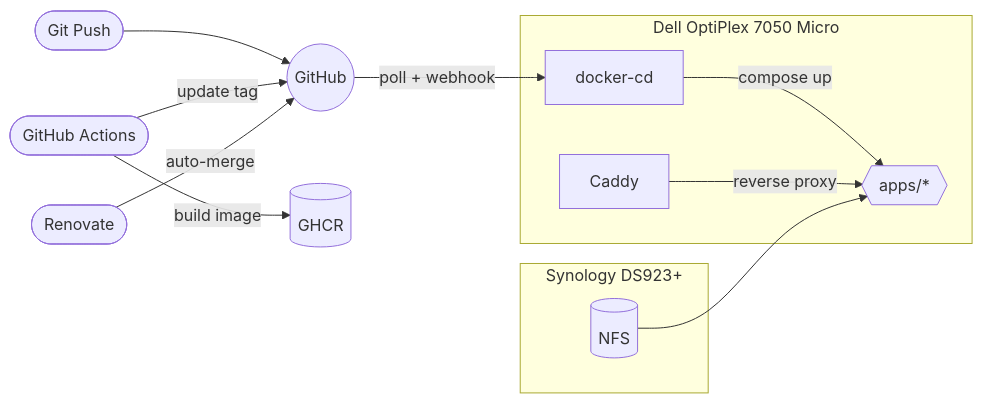
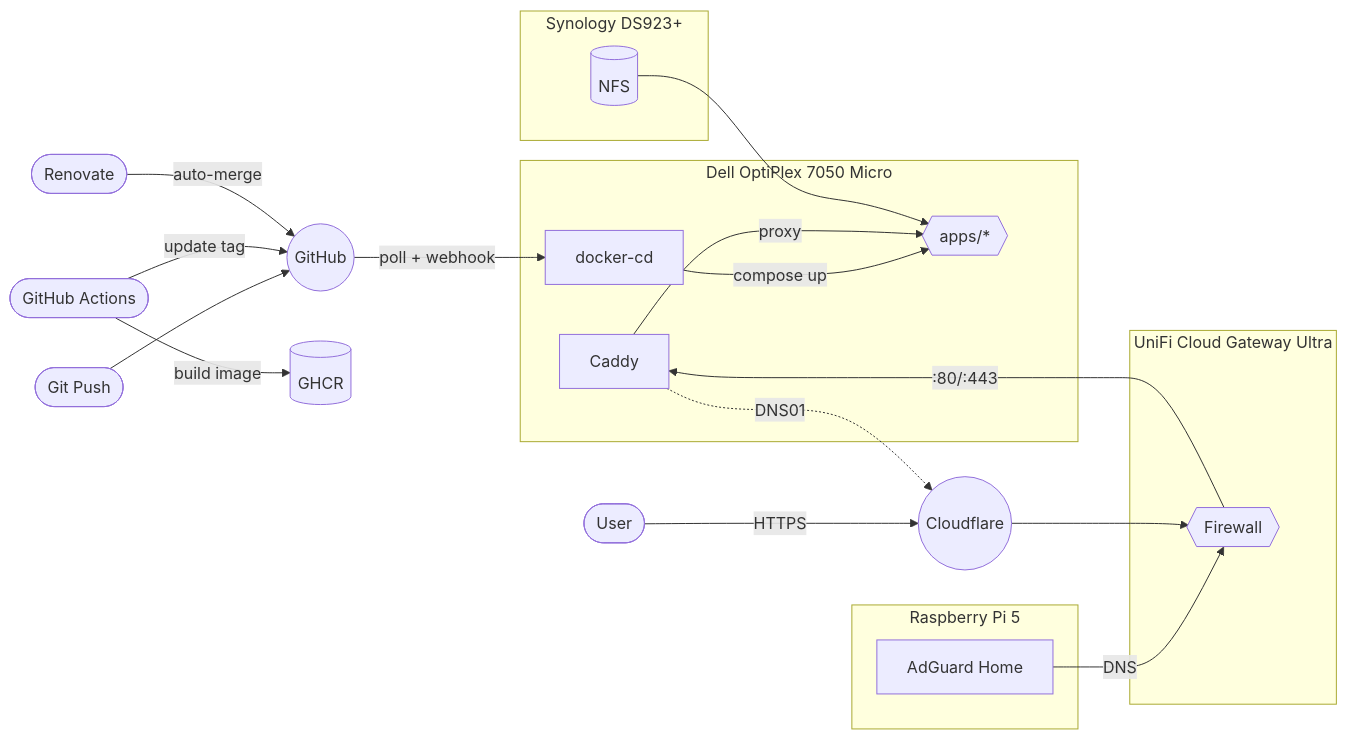
Before and after one commit to wajeht/home-ops: the diagram in README.md, drawn with Mermaid. The commit also changed other lines of this file, not shown here.

Commit message:
docs: improve overview diagram in README

````diff
--- a/README.md
+++ b/README.md
@@ -18,19 +16,32 @@
 ```mermaid
 flowchart LR
     git([Git Push]) --> github((GitHub))
     actions([GitHub Actions]) -->|build image| ghcr[(GHCR)]
     actions -->|update tag| github
     renovate([Renovate]) -->|auto-merge| github
     github -->|poll + webhook| docker_cd
 
     subgraph dell[Dell OptiPlex 7050 Micro]
         docker_cd[docker-cd] -->|compose up| apps{{apps/*}}
-        caddy[Caddy] -->|reverse proxy| apps
+        caddy[Caddy] -->|proxy| apps
     end
 
     subgraph nas[Synology DS923+]
         nfs[(NFS)]
     end
 
+    subgraph pi[Raspberry Pi 5]
+        adguard[AdGuard Home]
+    end
+
+    subgraph ucg[UniFi Cloud Gateway Ultra]
+        unifi{{Firewall}}
+    end
+
     nfs --> apps
+    user([User]) -->|HTTPS| cf((Cloudflare))
+    adguard -->|DNS| unifi
+    cf --> unifi
+    unifi -->|:80/:443| caddy
+    caddy -.->|DNS01| cf
 ```
````
